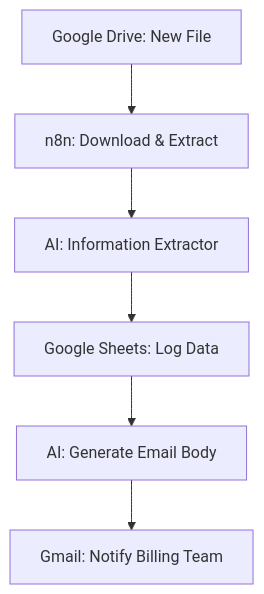
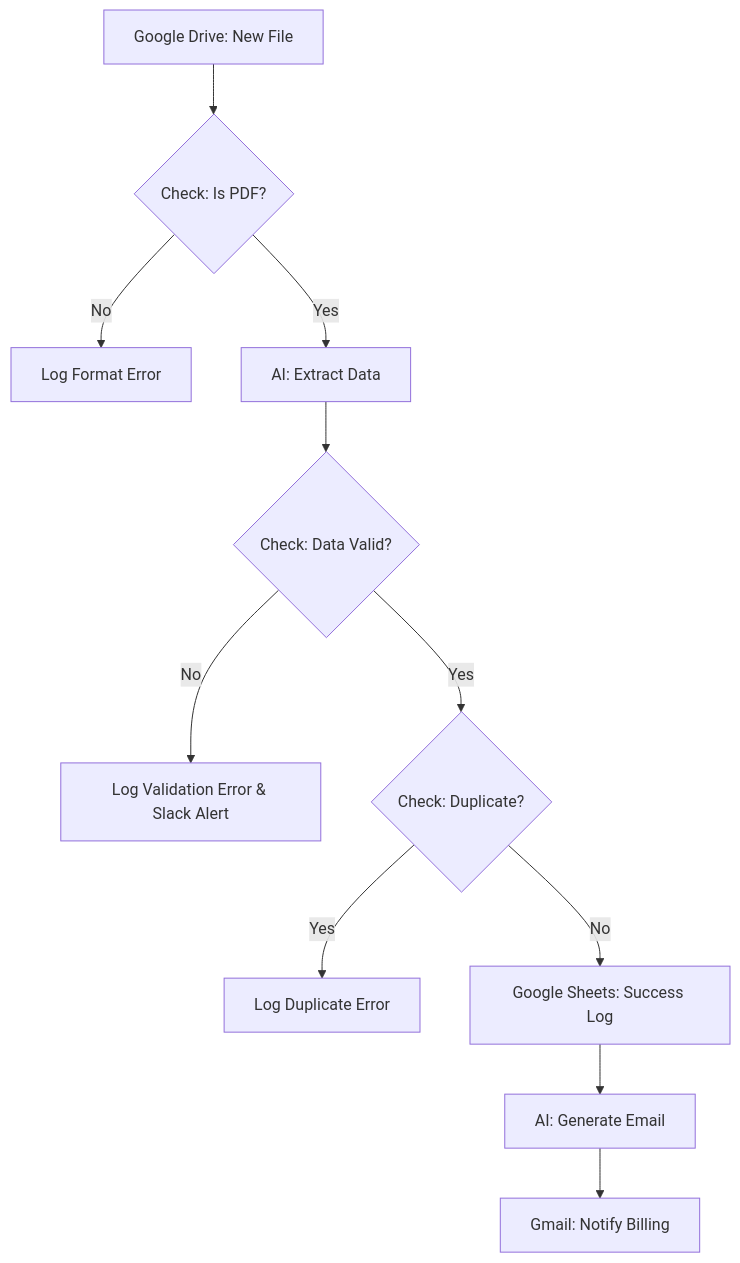
Before and after one commit to Pavithra-Sadheeshkumar/N8N-Automation: the diagram in Invoice/README.md, drawn with Mermaid. The commit also changed other lines of this file, not shown here.

````diff
--- a/Invoice/README.md
+++ b/Invoice/README.md
@@ -18,9 +23,14 @@
 ```mermaid
 graph TD
-    A[Google Drive: New File] --> B[n8n: Download & Extract]
-    B --> C[AI: Information Extractor]
-    C --> D[Google Sheets: Log Data]
-    D --> E[AI: Generate Email Body]
-    E --> F[Gmail: Notify Billing Team]
+    A[Google Drive: New File] --> B{Check: Is PDF?}
+    B -- No --> C[Log Format Error]
+    B -- Yes --> D[AI: Extract Data]
+    D --> E{Check: Data Valid?}
+    E -- No --> F[Log Validation Error & Slack Alert]
+    E -- Yes --> G{Check: Duplicate?}
+    G -- Yes --> H[Log Duplicate Error]
+    G -- No --> I[Google Sheets: Success Log]
+    I --> J[AI: Generate Email]
+    J --> K[Gmail: Notify Billing]
 
 ```
````
